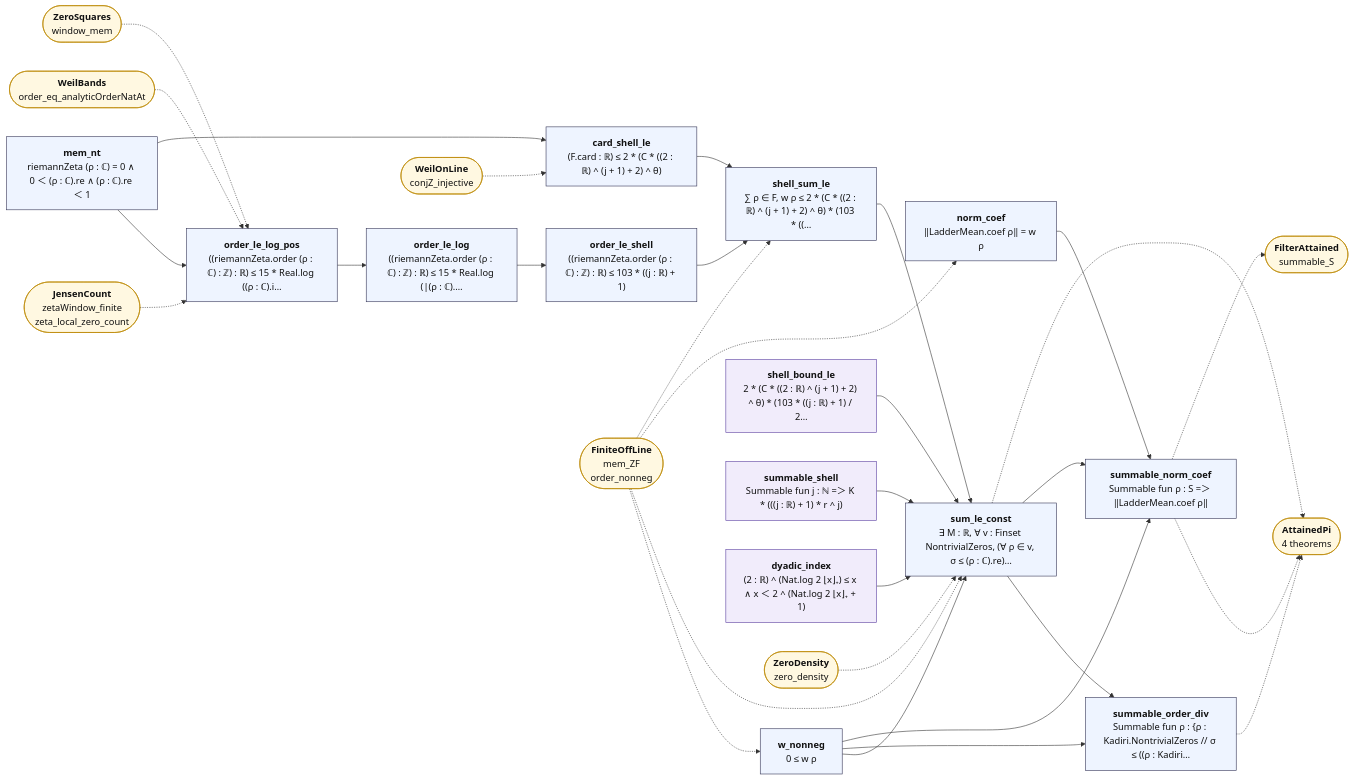
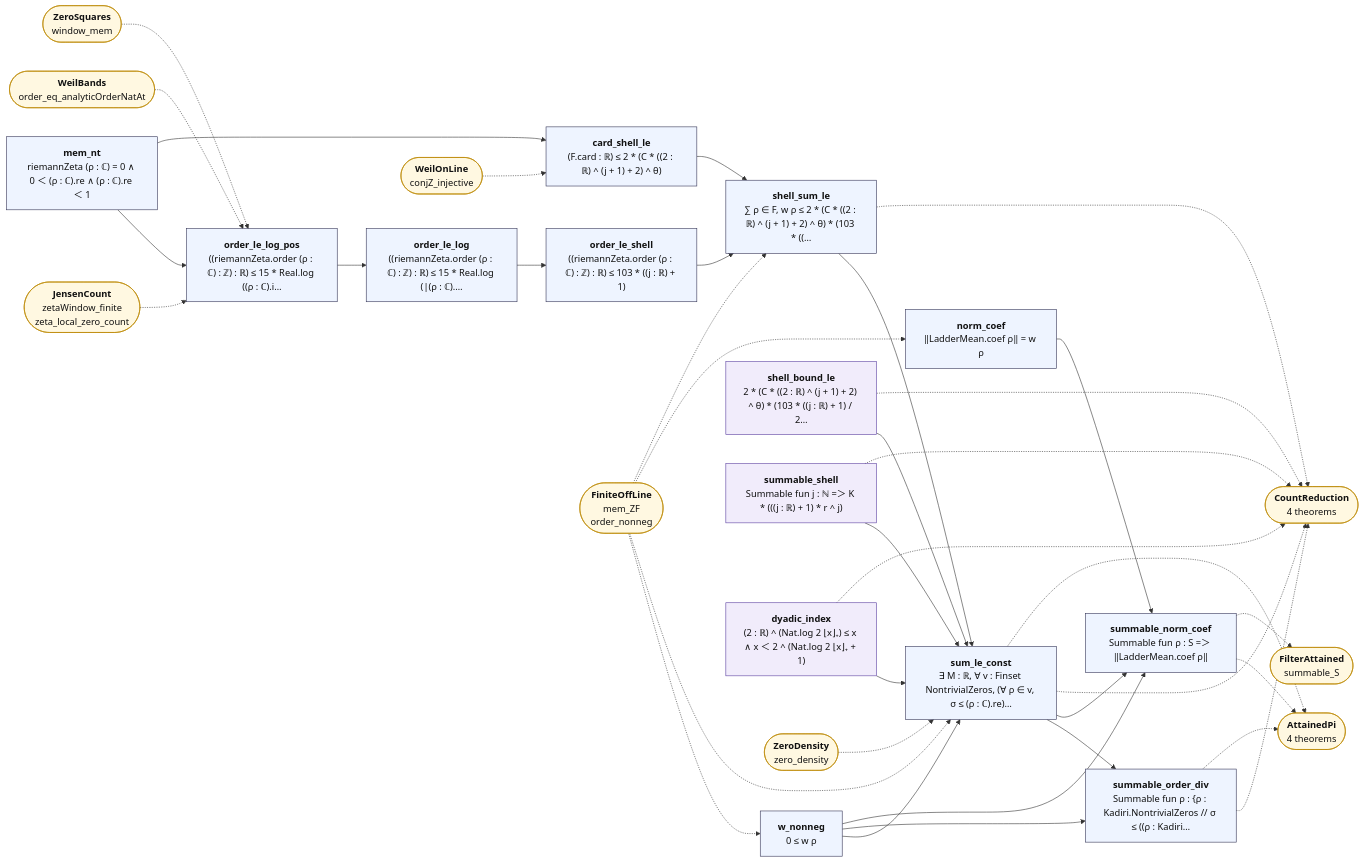
One commit to juliansambranojr/Primebeat_081426 changed the diagram in map/lean_stage3/ZeroSummable.md. Above: the diagram before and after it, drawn with Mermaid. The commit also changed other lines of this file and 43 other files, not shown here.

````diff
--- a/map/lean_stage3/ZeroSummable.md
+++ b/map/lean_stage3/ZeroSummable.md
@@ -12,62 +12,69 @@
 ```mermaid
 flowchart LR
   n0["<b>w_nonneg</b><br/>0 ≤ w ρ"]:::thm
   n1["<b>mem_nt</b><br/>riemannZeta (ρ : ℂ) = 0 ∧ 0 ＜ (ρ : ℂ).re ∧ (ρ : ℂ).re ＜ 1"]:::thm
   n2["<b>order_le_log_pos</b><br/>((riemannZeta.order (ρ : ℂ) : ℤ) : ℝ) ≤ 15 * Real.log ((ρ : ℂ).i…"]:::thm
   n3["<b>order_le_log</b><br/>((riemannZeta.order (ρ : ℂ) : ℤ) : ℝ) ≤ 15 * Real.log (|(ρ : ℂ).…"]:::thm
   n4["<b>order_le_shell</b><br/>((riemannZeta.order (ρ : ℂ) : ℤ) : ℝ) ≤ 103 * ((j : ℝ) + 1)"]:::thm
   n5["<b>card_shell_le</b><br/>(F.card : ℝ) ≤ 2 * (C * ((2 : ℝ) ^ (j + 1) + 2) ^ θ)"]:::thm
   n6["<b>shell_sum_le</b><br/>∑ ρ ∈ F, w ρ ≤ 2 * (C * ((2 : ℝ) ^ (j + 1) + 2) ^ θ) * (103 * ((…"]:::thm
   n7["<b>shell_bound_le</b><br/>2 * (C * ((2 : ℝ) ^ (j + 1) + 2) ^ θ) * (103 * ((j : ℝ) + 1) / 2…"]:::shp
   n8["<b>summable_shell</b><br/>Summable fun j : ℕ =＞ K * (((j : ℝ) + 1) * r ^ j)"]:::shp
   n9["<b>dyadic_index</b><br/>(2 : ℝ) ^ (Nat.log 2 ⌊x⌋₊) ≤ x ∧ x ＜ 2 ^ (Nat.log 2 ⌊x⌋₊ + 1)"]:::shp
   n10["<b>sum_le_const</b><br/>∃ M : ℝ, ∀ v : Finset NontrivialZeros, (∀ ρ ∈ v, σ ≤ (ρ : ℂ).re)…"]:::thm
   n11["<b>summable_order_div</b><br/>Summable fun ρ : {ρ : Kadiri.NontrivialZeros // σ ≤ ((ρ : Kadiri…"]:::thm
   n12["<b>norm_coef</b><br/>‖LadderMean.coef ρ‖ = w ρ"]:::thm
   n13["<b>summable_norm_coef</b><br/>Summable fun ρ : S =＞ ‖LadderMean.coef ρ‖"]:::thm
   x0(["<b>FiniteOffLine</b><br/>mem_ZF<br/>order_nonneg"]):::ext
   x1(["<b>JensenCount</b><br/>zetaWindow_finite<br/>zeta_local_zero_count"]):::ext
   x2(["<b>WeilBands</b><br/>order_eq_analyticOrderNatAt"]):::ext
   x3(["<b>ZeroSquares</b><br/>window_mem"]):::ext
   x4(["<b>WeilOnLine</b><br/>conjZ_injective"]):::ext
-  x5(["<b>ZeroDensity</b><br/>zero_density"]):::ext
-  x6(["<b>AttainedPi</b><br/>4 theorems"]):::ext
-  x7(["<b>FilterAttained</b><br/>summable_S"]):::ext
+  x5(["<b>CountReduction</b><br/>4 theorems"]):::ext
+  x6(["<b>ZeroDensity</b><br/>zero_density"]):::ext
+  x7(["<b>AttainedPi</b><br/>4 theorems"]):::ext
+  x8(["<b>FilterAttained</b><br/>summable_S"]):::ext
   n0 --> n10
   n0 --> n11
   n0 --> n13
   n1 --> n2
   n1 --> n5
   n10 --> n11
   n10 --> n13
   n12 --> n13
   n2 --> n3
   n3 --> n4
   n4 --> n6
   n5 --> n6
   n6 --> n10
   n7 --> n10
   n8 --> n10
   n9 --> n10
-  n10 -.-> x6
-  n11 -.-> x6
-  n13 -.-> x6
+  n10 -.-> x5
+  n10 -.-> x7
+  n11 -.-> x5
+  n11 -.-> x7
   n13 -.-> x7
+  n13 -.-> x8
+  n6 -.-> x5
+  n7 -.-> x5
+  n8 -.-> x5
+  n9 -.-> x5
   x0 -.-> n0
   x0 -.-> n10
   x0 -.-> n12
   x0 -.-> n6
   x1 -.-> n2
   x2 -.-> n2
   x3 -.-> n2
   x4 -.-> n5
-  x5 -.-> n10
+  x6 -.-> n10
   classDef cnt fill:#dff5ec,stroke:#17694a,color:#111
   classDef shp fill:#f1ecfb,stroke:#5b3fa0,color:#111
   classDef rh fill:#ffe5e5,stroke:#c22,color:#111,stroke-width:2px
   classDef thm fill:#eef4ff,stroke:#335,color:#111
   classDef end_ fill:#e7f7e7,stroke:#2a7,color:#111,stroke-width:2px
   classDef lone fill:#fff,stroke:#999,color:#111,stroke-dasharray:4 3
   classDef bad fill:#ffe5e5,stroke:#c22,color:#111,stroke-width:2px
   classDef ext fill:#fff8e1,stroke:#b80,color:#111
 ```
````
